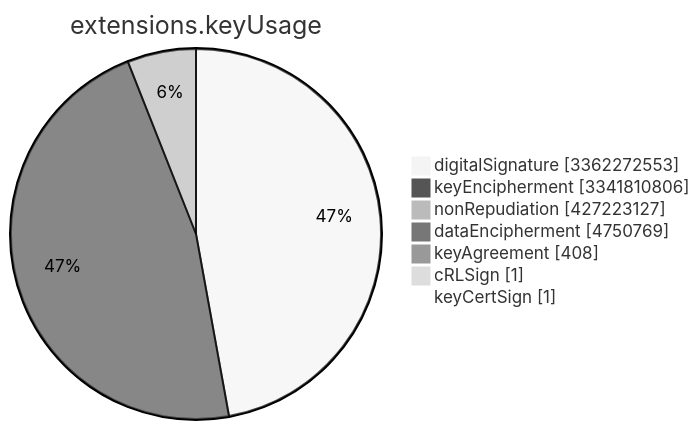
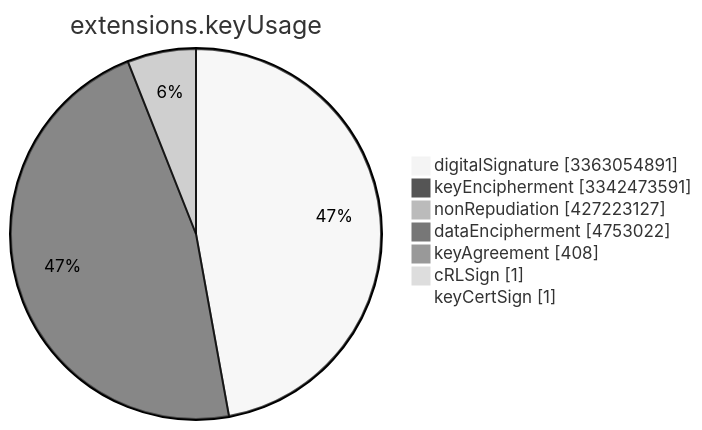
Before and after one commit to christiankrug/ctmonitor_visualization: the sixth of 15 diagrams in TOTAL/README.md, drawn with Mermaid (neutral theme). The commit also changed other lines of this file, not shown here.

````diff
--- a/TOTAL/README.md
+++ b/TOTAL/README.md
@@ -3079,11 +3079,11 @@
 ```mermaid
 pie showData
 title extensions.keyUsage
-"digitalSignature" :3362272553
-"keyEncipherment" :3341810806
+"digitalSignature" :3363054891
+"keyEncipherment" :3342473591
 "nonRepudiation" :427223127
-"dataEncipherment" :4750769
+"dataEncipherment" :4753022
 "keyAgreement" :408
 "cRLSign" :1
 "keyCertSign" :1
 ```
````
